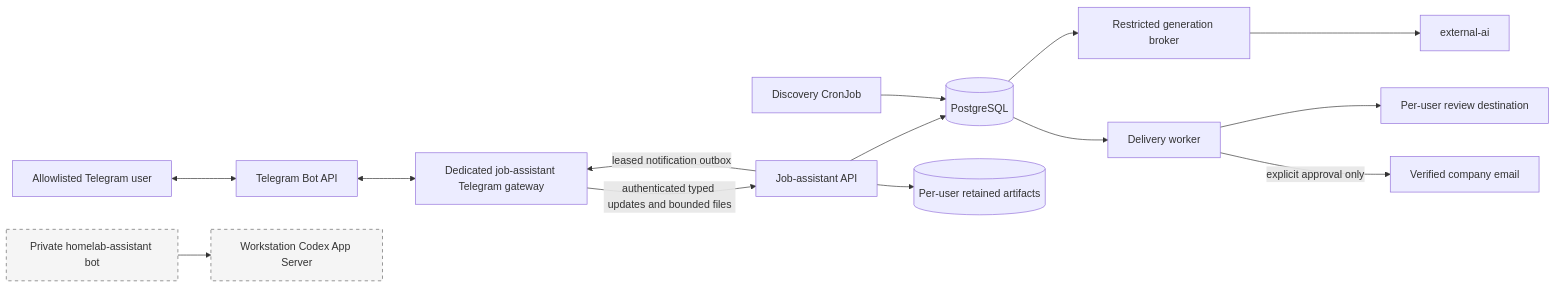
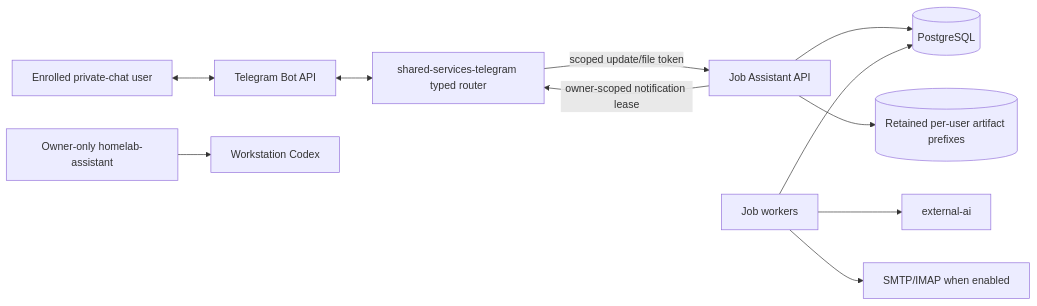
The diagram in docs/job-assistant-architecture.md (kfir-marx/homelab), drawn with Mermaid before and after one commit. The commit also changed other lines of this file and 50 other files, not shown here.

First line of the commit message:
feat(shared-services): add shared Telegram gateway integration

````diff
--- a/docs/job-assistant-architecture.md
+++ b/docs/job-assistant-architecture.md
@@ -18,20 +15,13 @@
 ```mermaid
 flowchart LR
-    Friend[Allowlisted Telegram user] <--> Telegram[Telegram Bot API]
-    Telegram <--> Gateway[Dedicated job-assistant Telegram gateway]
-    Gateway -->|authenticated typed updates and bounded files| API[Job-assistant API]
-    API --> DB[(PostgreSQL)]
-    API --> Files[(Per-user retained artifacts)]
-    Discover[Discovery CronJob] --> DB
-    DB --> Broker[Restricted generation broker]
-    Broker --> ExternalAI[external-ai]
-    DB --> Worker[Delivery worker]
-    Worker --> Review[Per-user review destination]
-    Worker -->|explicit approval only| Recruiter[Verified company email]
-    API -->|leased notification outbox| Gateway
-
-    Owner[Private homelab-assistant bot] --> Codex[Workstation Codex App Server]
-
-    classDef private fill:#f5f5f5,stroke:#666,stroke-dasharray: 5 5
-    class Owner,Codex private
+    U[Enrolled private-chat user] <--> T[Telegram Bot API]
+    T <--> G[shared-services-telegram typed router]
+    G -->|scoped update/file token| A[Job Assistant API]
+    A --> D[(PostgreSQL)]
+    A --> F[(Retained per-user artifact prefixes)]
+    W[Job workers] --> D
+    W --> X[external-ai]
+    W --> M[SMTP/IMAP when enabled]
+    A -->|owner-scoped notification lease| G
+    O[Owner-only homelab-assistant] --> C[Workstation Codex]
 ```
````
